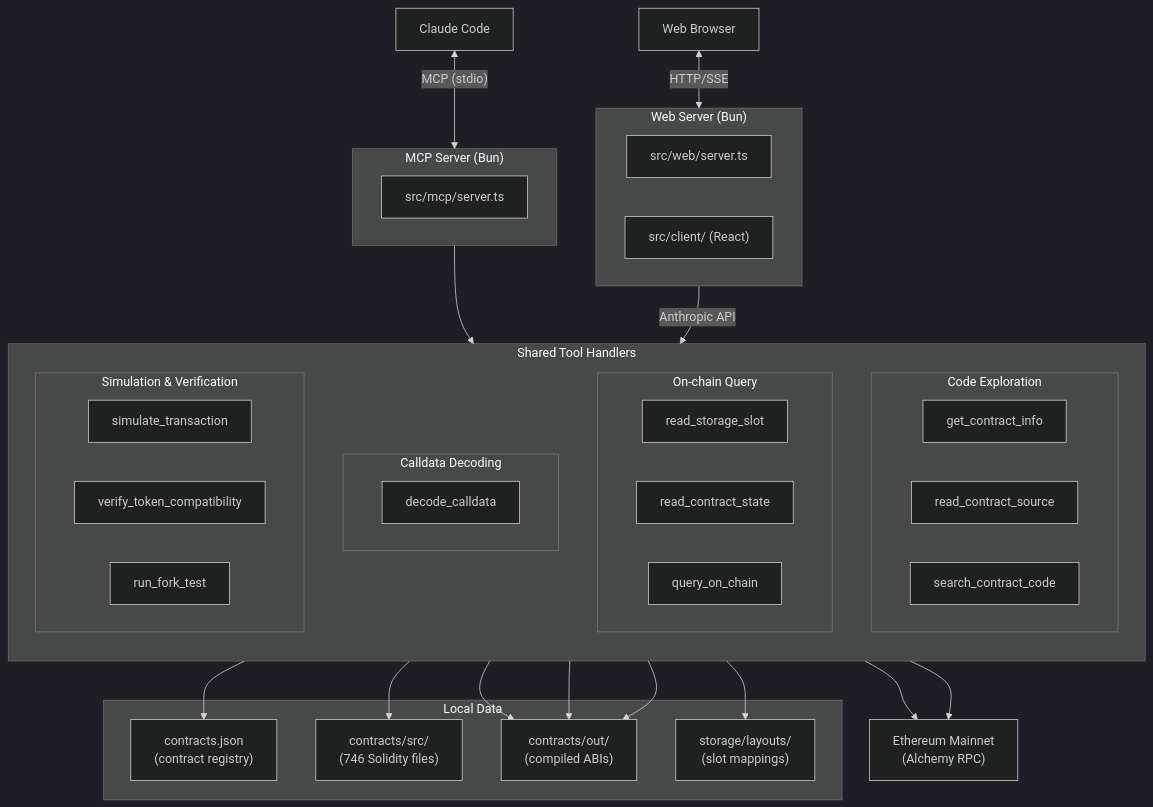
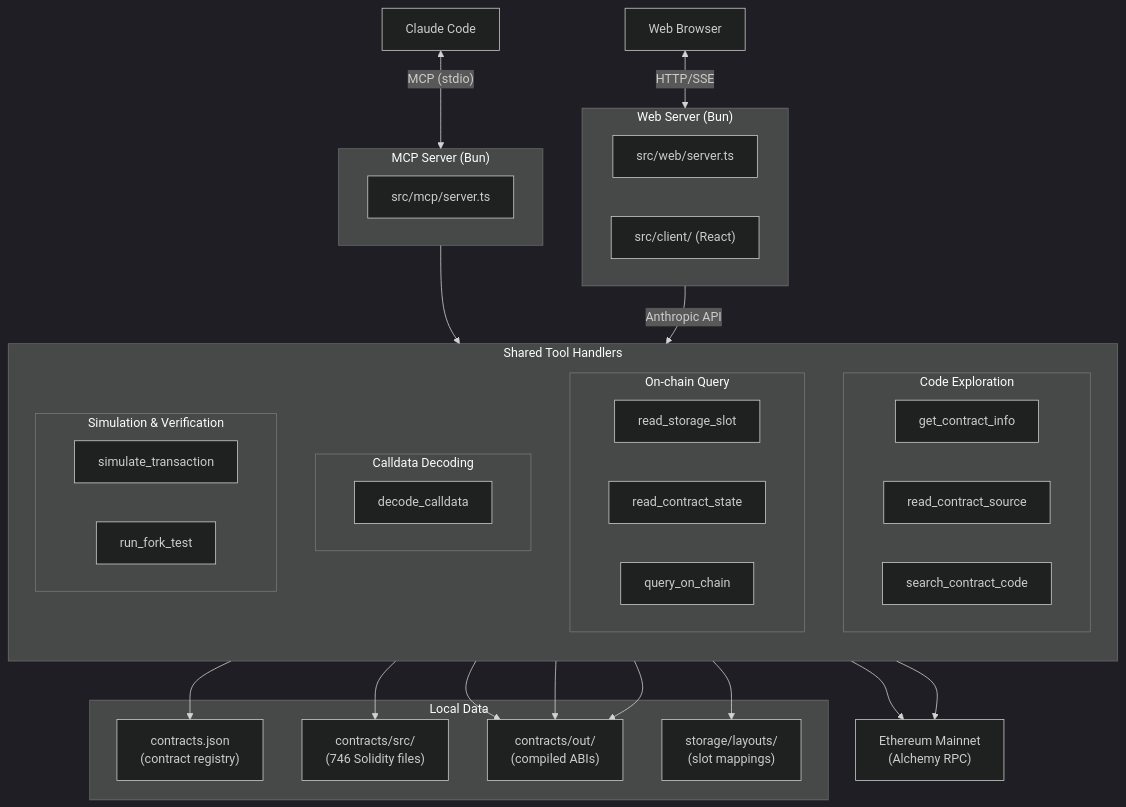
The diagram in README.md (tokamak-network/tokamak-dao-agent), drawn with Mermaid (dark theme) before and after one commit. The commit also changed other lines of this file and 8 other files, not shown here.

First line of the commit message:
refactor: remove verify_token_compatibility in favor of run_fork_test

````diff
--- a/README.md
+++ b/README.md
@@ -9,62 +9,61 @@
 ```mermaid
 flowchart TB
     Claude["Claude Code"]
     Browser["Web Browser"]
 
     Claude <-->|"MCP (stdio)"| MCP
     Browser <-->|"HTTP/SSE"| Web
 
     subgraph MCP["MCP Server (Bun)"]
         direction LR
         mcp_entry["src/mcp/server.ts"]
     end
 
     subgraph Web["Web Server (Bun)"]
         direction LR
         web_entry["src/web/server.ts"]
         web_client["src/client/ (React)"]
     end
 
     MCP --> Handlers
     Web -->|"Anthropic API"| Handlers
 
     subgraph Handlers["Shared Tool Handlers"]
         direction TB
 
         subgraph tools1["Code Exploration"]
             get_contract_info
             read_contract_source
             search_contract_code
         end
 
         subgraph tools2["On-chain Query"]
             read_storage_slot
             read_contract_state
             query_on_chain
         end
 
         subgraph tools3["Calldata Decoding"]
             decode_calldata
         end
 
         subgraph tools4["Simulation & Verification"]
             simulate_transaction
-            verify_token_compatibility
             run_fork_test
         end
     end
 
     subgraph Data["Local Data"]
         contracts_json["contracts.json\n(contract registry)"]
         sources["contracts/src/\n(746 Solidity files)"]
         abis["contracts/out/\n(compiled ABIs)"]
         layouts["storage/layouts/\n(slot mappings)"]
     end
 
     RPC["Ethereum Mainnet\n(Alchemy RPC)"]
 
     tools1 --> contracts_json & sources & abis
     tools2 --> layouts & abis & RPC
     tools3 --> abis
     tools4 --> RPC
 ```
````
